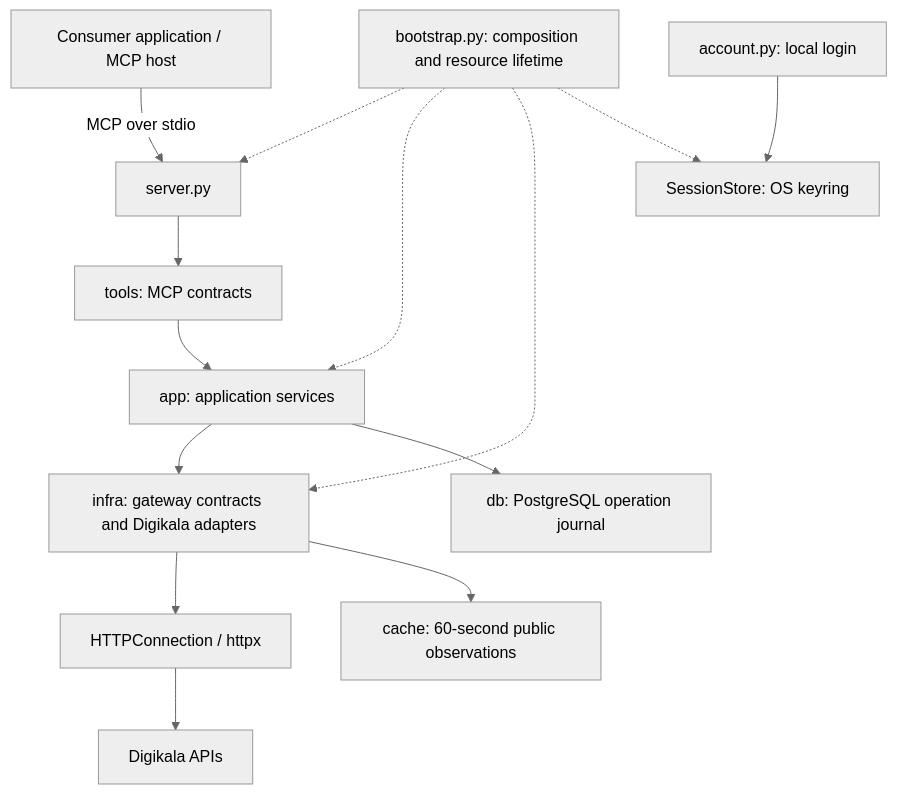
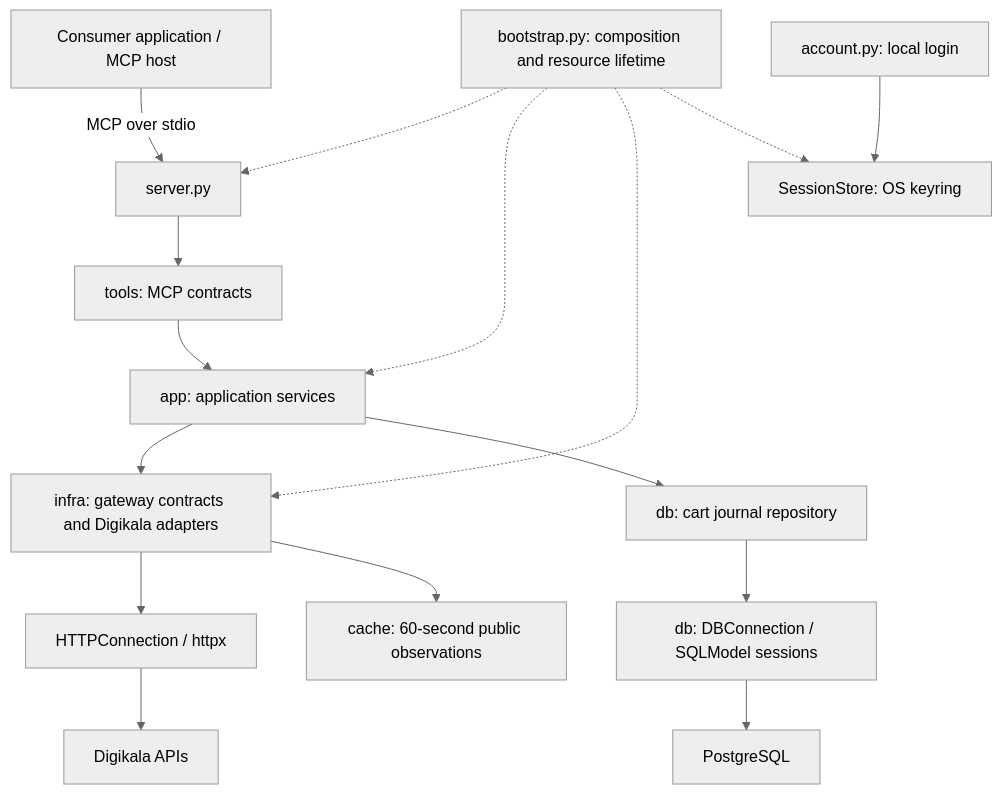
The diagram in README.md (stupidprogrammer4/digikala-mcp), drawn with Mermaid (neutral theme) before and after one commit. The commit also changed other lines of this file, not shown here.

````diff
--- a/README.md
+++ b/README.md
@@ -44,16 +45,18 @@
 ```mermaid
 flowchart TD
     Host[Consumer application / MCP host] -->|MCP over stdio| Server[server.py]
     Server --> Tools[tools: MCP contracts]
     Tools --> App[app: application services]
     App --> Gateways[infra: gateway contracts and Digikala adapters]
     Gateways --> HTTP[HTTPConnection / httpx]
     HTTP --> Digikala[Digikala APIs]
-    App --> Journal[db: PostgreSQL operation journal]
+    App --> Repository[db: cart journal repository]
+    Repository --> Connection[db: DBConnection / SQLModel sessions]
+    Connection --> PostgreSQL[PostgreSQL]
     Gateways --> Cache[cache: 60-second public observations]
     Bootstrap[bootstrap.py: composition and resource lifetime] -.-> Server
     Bootstrap -.-> App
     Bootstrap -.-> Gateways
     Bootstrap -.-> Sessions[SessionStore: OS keyring]
     Account[account.py: local login] --> Sessions
 ```
````
